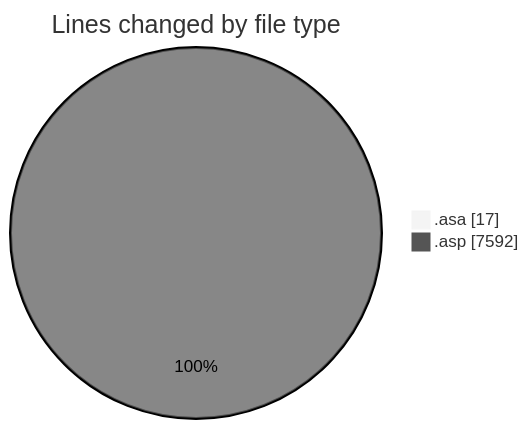
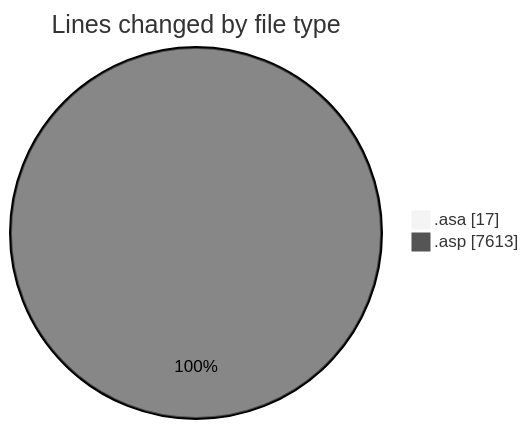
Before and after one commit to julien-gomy/code-tracking: the first of 2 diagrams in 2025-11-06/usr_aleoudev_fr__workspace_/README.md, drawn with Mermaid (neutral theme). The commit also changed other lines of this file and 1 other file, not shown here.

````diff
--- a/2025-11-06/usr_aleoudev_fr__workspace_/README.md
+++ b/2025-11-06/usr_aleoudev_fr__workspace_/README.md
@@ -24,6 +24,6 @@
 ```mermaid
 pie showData
 title Lines changed by file type
 ".asa" : 17
-".asp" : 7592
+".asp" : 7613
 ```
````
